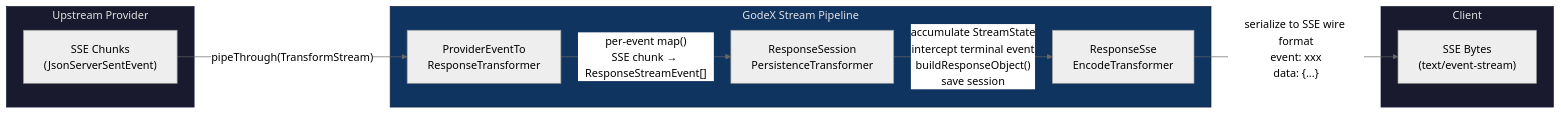
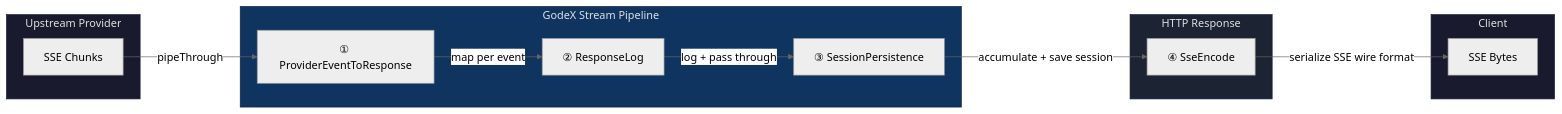
The fourth of 4 diagrams in README.md (zamelee/GodeX), drawn with Mermaid (neutral theme) before and after one commit. The commit also changed other lines of this file and 1 other file, not shown here.

````diff
--- a/README.md
+++ b/README.md
@@ -161,25 +266,31 @@
 ```mermaid
 flowchart LR
   subgraph upstream["Upstream Provider"]
-    SSE["SSE Chunks<br/>(JsonServerSentEvent)"]
+    SSE["SSE Chunks"]
   end
 
   subgraph godex["GodeX Stream Pipeline"]
-    T1["ProviderEventTo<br/>ResponseTransformer"]
-    T2["ResponseSession<br/>PersistenceTransformer"]
-    T3["ResponseSse<br/>EncodeTransformer"]
+    T1["① ProviderEventToResponse"]
+    T2["② ResponseLog"]
+    T3["③ SessionPersistence"]
+  end
+
+  subgraph server["HTTP Response"]
+    T4["④ SseEncode"]
   end
 
   subgraph client["Client"]
-    BYTES["SSE Bytes<br/>(text/event-stream)"]
+    BYTES["SSE Bytes"]
   end
 
-  SSE -->|"pipeThrough(TransformStream)"| T1
-  T1 -->|"per-event map()<br/>SSE chunk → ResponseStreamEvent[]"| T2
-  T2 -->|"accumulate StreamState<br/>intercept terminal event<br/>buildResponseObject()<br/>save session"| T3
-  T3 -->|"serialize to SSE wire format<br/>event: xxx\ndata: {...}\n\n"| BYTES
+  SSE -->|pipeThrough| T1
+  T1 -->|map per event| T2
+  T2 -->|log + pass through| T3
+  T3 -->|accumulate + save session| T4
+  T4 -->|serialize SSE wire format| BYTES
 
   style upstream fill:#1a1a2e,stroke:#16213e,color:#e0e0e0
   style godex fill:#0f3460,stroke:#16213e,color:#e0e0e0
+  style server fill:#1c2333,stroke:#16213e,color:#e0e0e0
   style client fill:#1a1a2e,stroke:#16213e,color:#e0e0e0
 ```
````
